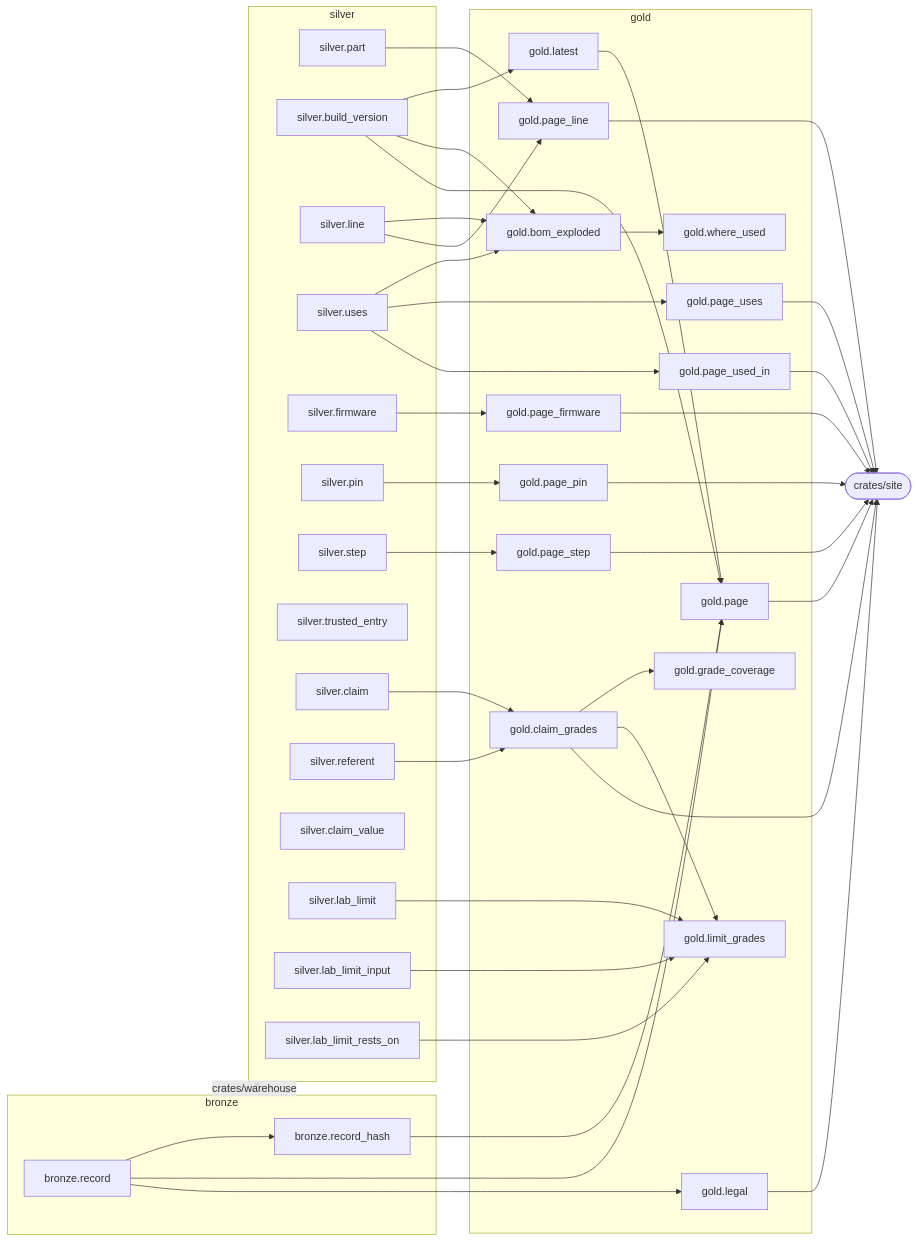
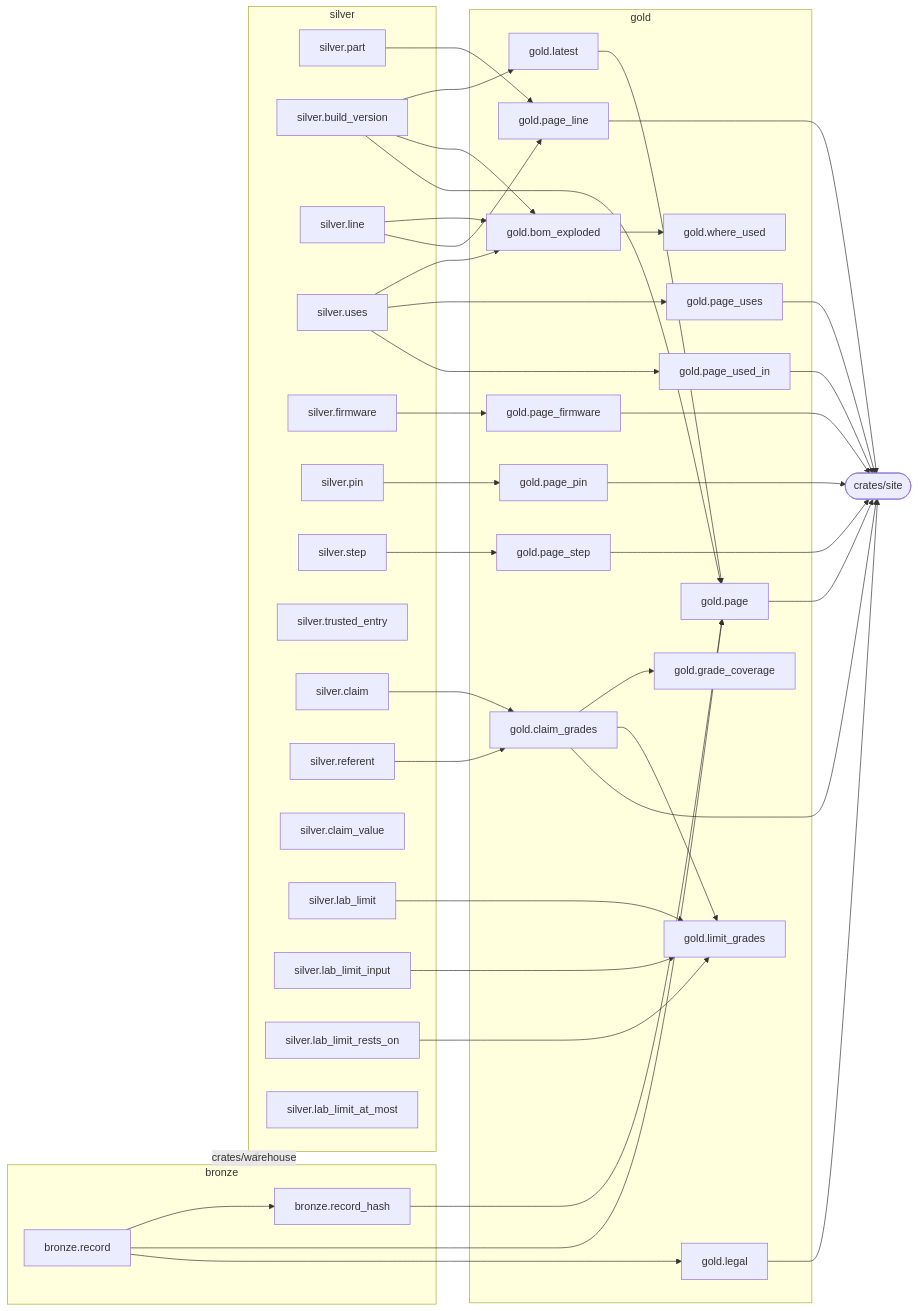
One commit to via-balaena/tentzhen changed the diagram in docs/data-catalogue.md. Above: the diagram before and after it, drawn with Mermaid. The commit also changed other lines of this file and 7 other files, not shown here.

````diff
--- a/docs/data-catalogue.md
+++ b/docs/data-catalogue.md
@@ -13,75 +13,76 @@
 ```mermaid
 flowchart LR
   subgraph bronze
     bronze_record["bronze.record"]
     bronze_record_hash["bronze.record_hash"]
   end
   subgraph silver
     silver_part["silver.part"]
     silver_build_version["silver.build_version"]
     silver_line["silver.line"]
     silver_uses["silver.uses"]
     silver_firmware["silver.firmware"]
     silver_pin["silver.pin"]
     silver_step["silver.step"]
     silver_trusted_entry["silver.trusted_entry"]
     silver_claim["silver.claim"]
     silver_referent["silver.referent"]
     silver_claim_value["silver.claim_value"]
     silver_lab_limit["silver.lab_limit"]
     silver_lab_limit_input["silver.lab_limit_input"]
     silver_lab_limit_rests_on["silver.lab_limit_rests_on"]
+    silver_lab_limit_at_most["silver.lab_limit_at_most"]
   end
   subgraph gold
     gold_latest["gold.latest"]
     gold_claim_grades["gold.claim_grades"]
     gold_grade_coverage["gold.grade_coverage"]
     gold_bom_exploded["gold.bom_exploded"]
     gold_where_used["gold.where_used"]
     gold_limit_grades["gold.limit_grades"]
     gold_page["gold.page"]
     gold_page_line["gold.page_line"]
     gold_page_uses["gold.page_uses"]
     gold_page_used_in["gold.page_used_in"]
     gold_page_firmware["gold.page_firmware"]
     gold_page_pin["gold.page_pin"]
     gold_page_step["gold.page_step"]
     gold_legal["gold.legal"]
   end
   bronze -. crates/warehouse .-> silver
   bronze_record --> bronze_record_hash
   silver_build_version --> gold_latest
   silver_claim --> gold_claim_grades
   silver_referent --> gold_claim_grades
   gold_claim_grades --> gold_grade_coverage
   silver_build_version --> gold_bom_exploded
   silver_line --> gold_bom_exploded
   silver_uses --> gold_bom_exploded
   gold_bom_exploded --> gold_where_used
   gold_claim_grades --> gold_limit_grades
   silver_lab_limit --> gold_limit_grades
   silver_lab_limit_input --> gold_limit_grades
   silver_lab_limit_rests_on --> gold_limit_grades
   bronze_record --> gold_page
   bronze_record_hash --> gold_page
   gold_latest --> gold_page
   silver_build_version --> gold_page
   silver_line --> gold_page_line
   silver_part --> gold_page_line
   silver_uses --> gold_page_uses
   silver_uses --> gold_page_used_in
   silver_firmware --> gold_page_firmware
   silver_pin --> gold_page_pin
   silver_step --> gold_page_step
   bronze_record --> gold_legal
   crates_site(["crates/site"])
   gold_claim_grades --> crates_site
   gold_page --> crates_site
   gold_page_line --> crates_site
   gold_page_uses --> crates_site
   gold_page_used_in --> crates_site
   gold_page_firmware --> crates_site
   gold_page_pin --> crates_site
   gold_page_step --> crates_site
   gold_legal --> crates_site
 ```
````
